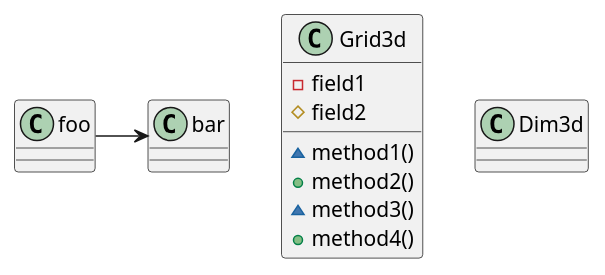
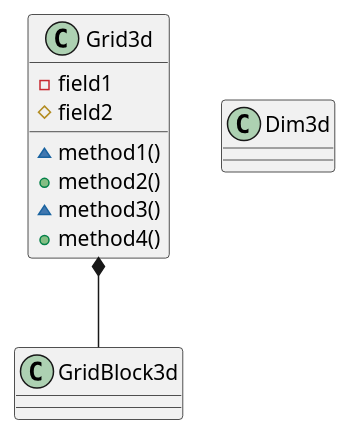
The diagram in _11_PtmSlaeSolver/_11_PtmSlaeSolver/diagram1.puml (LitvinovVN/CudaLearning), drawn with PlantUML before and after one commit. The commit also changed 1 other file, not shown here.

```diff
--- a/_11_PtmSlaeSolver/_11_PtmSlaeSolver/diagram1.puml
+++ b/_11_PtmSlaeSolver/_11_PtmSlaeSolver/diagram1.puml
@@ -1,16 +1,22 @@
 @startuml
 
 class Grid3d {
 -field1
 #field2
 ~method1()
 +method2()
 ~method3()
 +method4()
 }
 
-class Dim3d
+class GridBlock3d {
 
-foo -> bar
+}
+
+class Dim3d{
+
+}
+
+Grid3d *-- GridBlock3d
 
 @enduml
```
